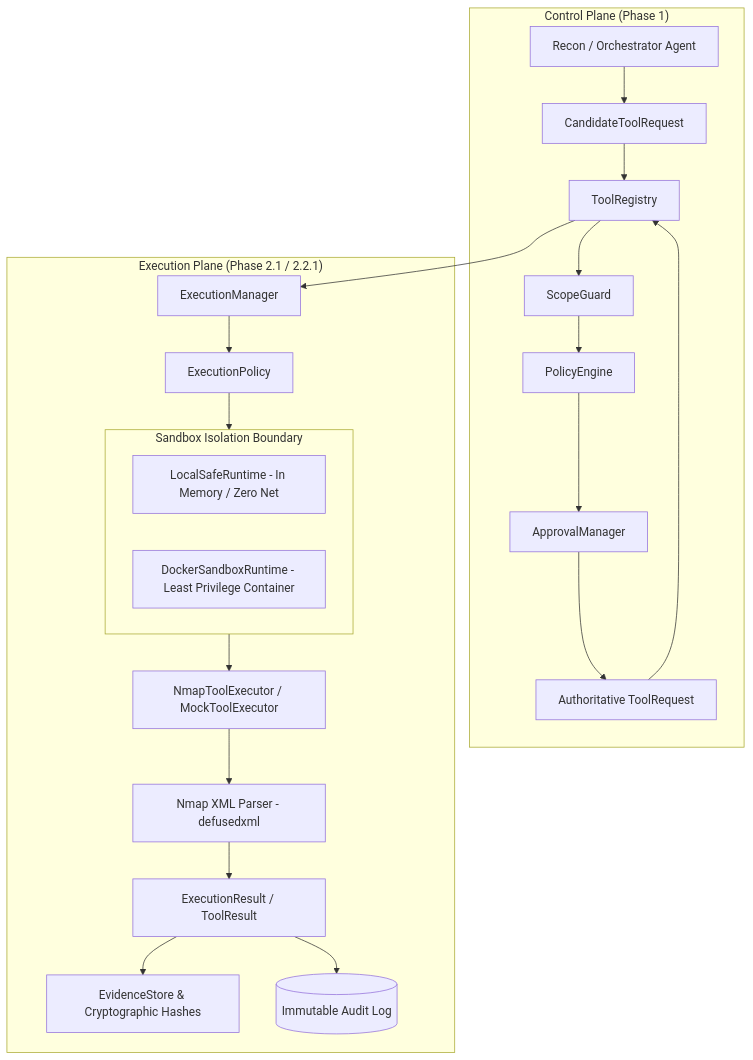
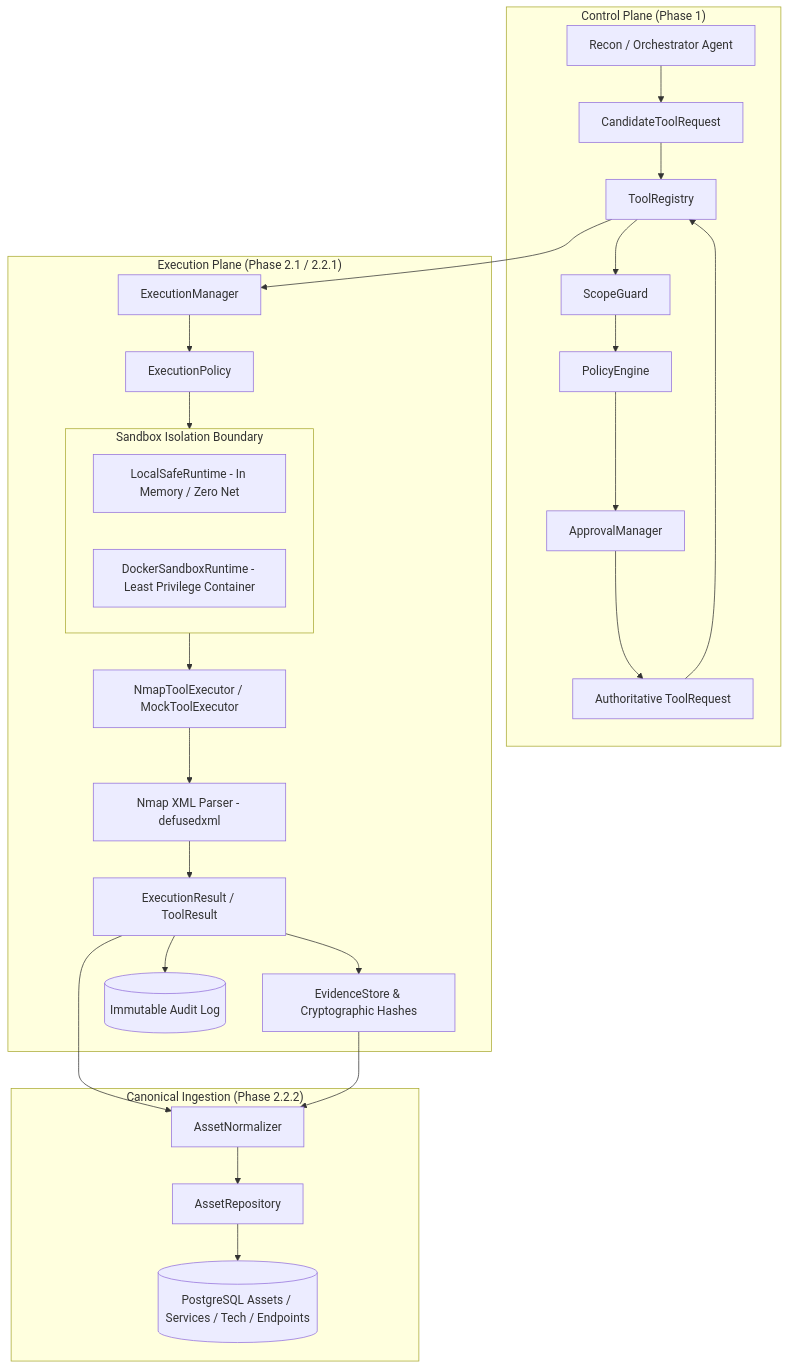
Before and after one commit to jivi001/ARKA: the diagram in docs/phases/phase-2.md, drawn with Mermaid. The commit also changed other lines of this file and 26 other files, not shown here.

Commit message:
implement canonical asset normalization engine and repository with Nmap integration and comprehensive test suite

````diff
--- a/docs/phases/phase-2.md
+++ b/docs/phases/phase-2.md
@@ -12,44 +13,55 @@
 ```mermaid
 graph TD
     subgraph ControlPlane["Control Plane (Phase 1)"]
         Agent[Recon / Orchestrator Agent]
         Candidate[CandidateToolRequest]
         Registry[ToolRegistry]
         Scope[ScopeGuard]
         Policy[PolicyEngine]
         Approval[ApprovalManager]
         AuthReq[Authoritative ToolRequest]
     end
     
     subgraph ExecutionPlane["Execution Plane (Phase 2.1 / 2.2.1)"]
         ExecMgr[ExecutionManager]
         ExecPolicy[ExecutionPolicy]
         
         subgraph IsolationRuntimes["Sandbox Isolation Boundary"]
             LocalRT[LocalSafeRuntime - In Memory / Zero Net]
             DockerRT[DockerSandboxRuntime - Least Privilege Container]
         end
         
         ToolExec[NmapToolExecutor / MockToolExecutor]
         NmapParser[Nmap XML Parser - defusedxml]
         ExecResult[ExecutionResult / ToolResult]
         Evidence[EvidenceStore & Cryptographic Hashes]
         AuditLog[(Immutable Audit Log)]
     end
+
+    subgraph NormalizationAndAssetStore["Canonical Ingestion (Phase 2.2.2)"]
+        AssetNormalizer[AssetNormalizer]
+        AssetRepo[AssetRepository]
+        AssetDB[(PostgreSQL Assets / Services / Tech / Endpoints)]
+    end
     
     Agent --> Candidate
     Candidate --> Registry
     Registry --> Scope
     Scope --> Policy
     Policy --> Approval
     Approval --> AuthReq
     AuthReq --> Registry
     Registry --> ExecMgr
     ExecMgr --> ExecPolicy
     ExecPolicy --> IsolationRuntimes
     IsolationRuntimes --> ToolExec
     ToolExec --> NmapParser
     NmapParser --> ExecResult
     ExecResult --> Evidence
     ExecResult --> AuditLog
+
+    ExecResult --> AssetNormalizer
+    Evidence --> AssetNormalizer
+    AssetNormalizer --> AssetRepo
+    AssetRepo --> AssetDB
 ```
````
